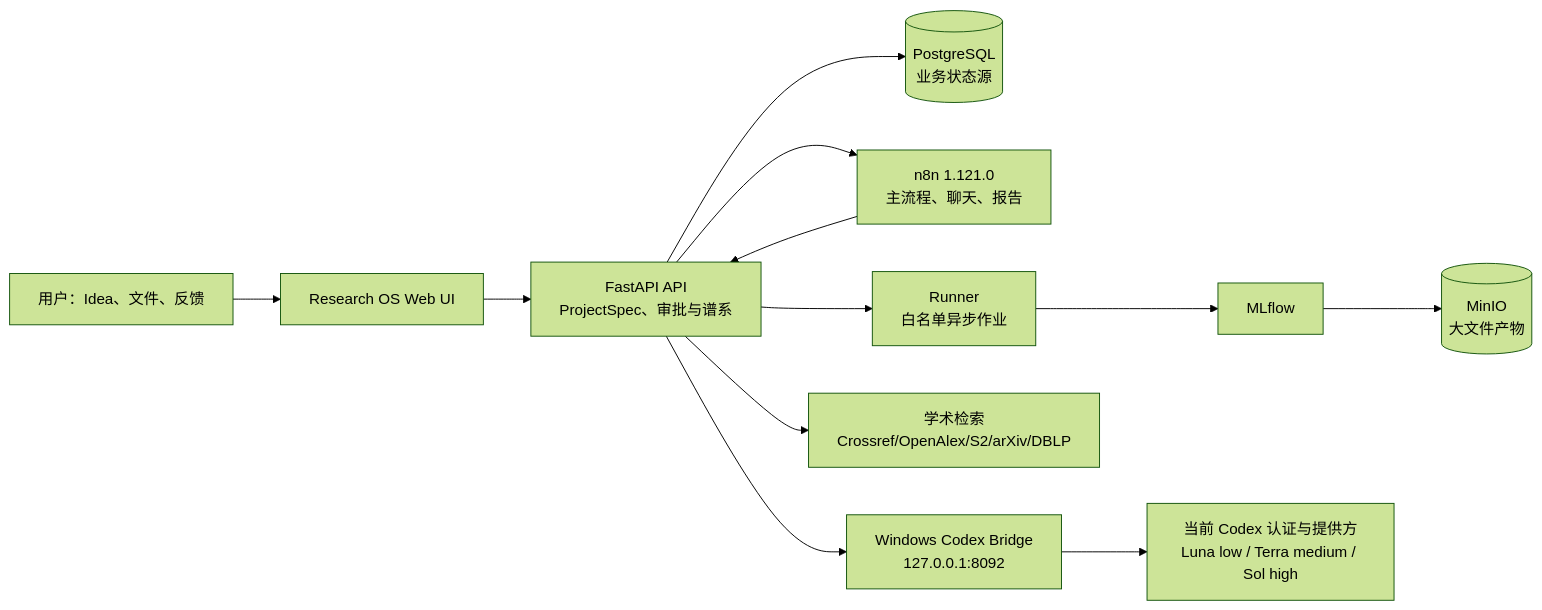
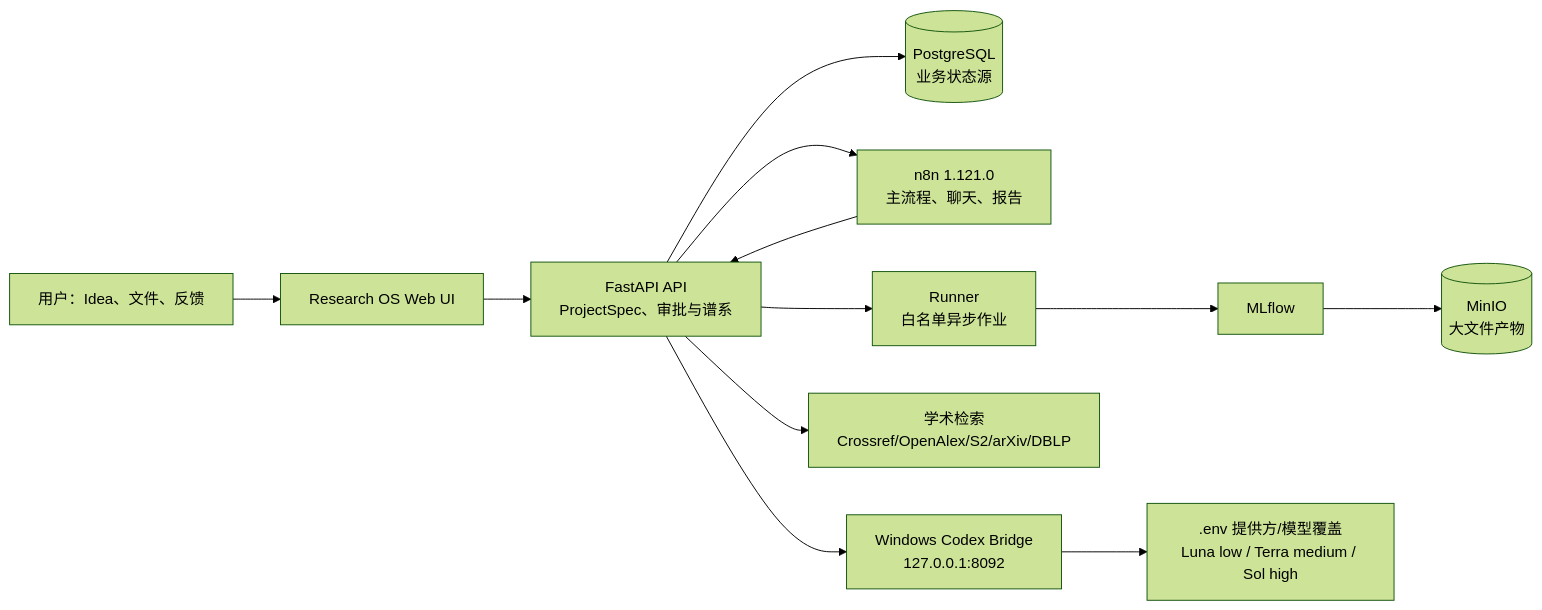
The diagram in README.zh-CN.md (Karbo123/ResearchOS), drawn with Mermaid (forest theme) before and after one commit. The commit also changed other lines of this file and 21 other files, not shown here.

````diff
--- a/README.zh-CN.md
+++ b/README.zh-CN.md
@@ -58,14 +58,14 @@
 ```mermaid
 flowchart LR
     U["用户：Idea、文件、反馈"] --> UI["Research OS Web UI"]
     UI --> API["FastAPI API\nProjectSpec、审批与谱系"]
     API --> PG[("PostgreSQL\n业务状态源")]
     API --> N8N["n8n 1.121.0\n主流程、聊天、报告"]
     N8N --> API
     API --> R["Runner\n白名单异步作业"]
     R --> ML["MLflow"]
     ML --> MI[("MinIO\n大文件产物")]
     API --> S["学术检索\nCrossref/OpenAlex/S2/arXiv/DBLP"]
     API --> B["Windows Codex Bridge\n127.0.0.1:8092"]
-    B --> C["当前 Codex 认证与提供方\nLuna low / Terra medium / Sol high"]
+    B --> C[".env 提供方/模型覆盖\nLuna low / Terra medium / Sol high"]
 ```
````
